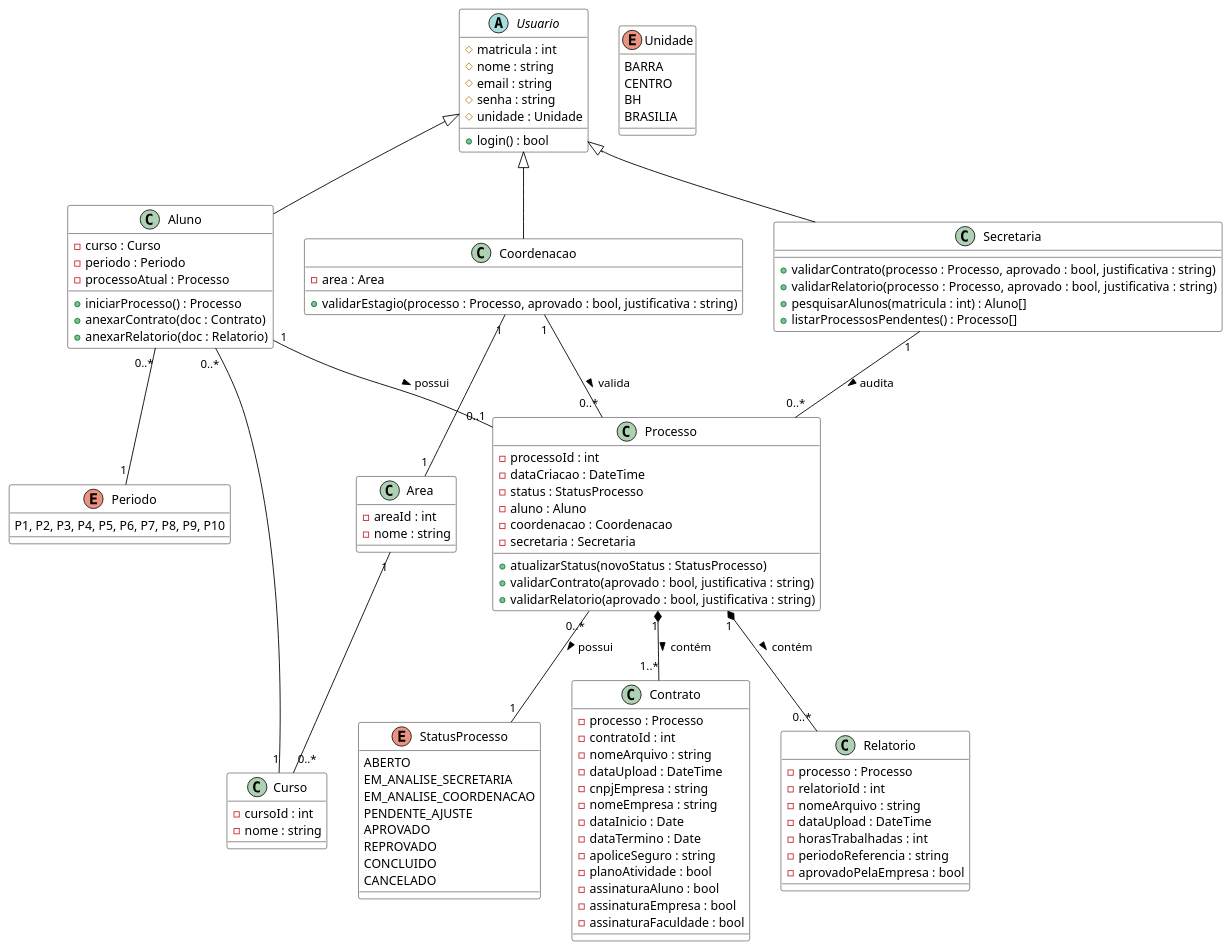
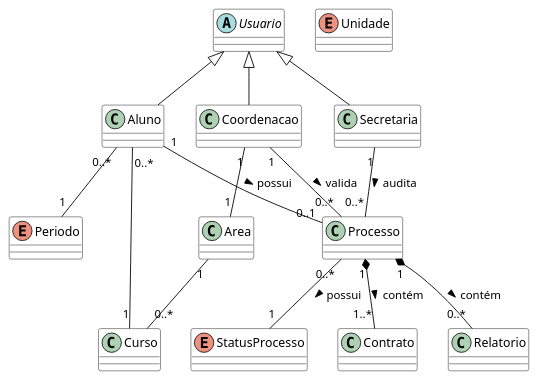
The diagram in assets/Diagramas/src/diagrama_de_classes.puml (Projetos-de-Extensao/PBE_26.1_8002_III), drawn with PlantUML before and after one commit. The commit also changed 155 other files, not shown here.

```diff
--- a/assets/Diagramas/src/diagrama_de_classes.puml
+++ b/assets/Diagramas/src/diagrama_de_classes.puml
@@ -1,132 +1,132 @@
 @startuml
 
 ' --- Estilos ---
 skinparam class {
     BackgroundColor White
     ArrowColor Black
     BorderColor Black
 }
 
 ' --- Enums ---
 enum StatusProcesso {
-    ABERTO
-    EM_ANALISE_SECRETARIA
-    EM_ANALISE_COORDENACAO
-    PENDENTE_AJUSTE
-    APROVADO
-    REPROVADO
-    CONCLUIDO
-    CANCELADO
+    ' ABERTO
+    ' EM_ANALISE_SECRETARIA
+    ' EM_ANALISE_COORDENACAO
+    ' PENDENTE_AJUSTE
+    ' APROVADO
+    ' REPROVADO
+    ' CONCLUIDO
+    ' CANCELADO
 }
 
 enum Unidade {
-    BARRA
-    CENTRO
-    BH
-    BRASILIA
+    ' BARRA
+    ' CENTRO
+    ' BH
+    ' BRASILIA
 }
 
 enum Periodo {
-    P1, P2, P3, P4, P5, P6, P7, P8, P9, P10
+    ' P1, P2, P3, P4, P5, P6, P7, P8, P9, P10
 }
 
 ' --- Classes Principais ---
 
 abstract class Usuario {
-    # matricula : int
-    # nome : string
-    # email : string
-    # senha : string
-    # unidade : Unidade
-    + login() : bool
+    ' # matricula : int
+    ' # nome : string
+    ' # email : string
+    ' # senha : string
+    ' # unidade : Unidade
+    ' + login() : bool
 }
 
 class Aluno extends Usuario {
-    - curso : Curso
-    - periodo : Periodo
-    - processoAtual : Processo
-    + iniciarProcesso() : Processo
-    + anexarContrato(doc : Contrato)
-    + anexarRelatorio(doc : Relatorio)
+    ' - curso : Curso
+    ' - periodo : Periodo
+    ' - processoAtual : Processo
+    ' + iniciarProcesso() : Processo
+    ' + anexarContrato(doc : Contrato)
+    ' + anexarRelatorio(doc : Relatorio)
 }
 
 class Secretaria extends Usuario {
-    + validarContrato(processo : Processo, aprovado : bool, justificativa : string)
-    + validarRelatorio(processo : Processo, aprovado : bool, justificativa : string)
-    + pesquisarAlunos(matricula : int) : Aluno[]
-    + listarProcessosPendentes() : Processo[]
+    ' + validarContrato(processo : Processo, aprovado : bool, justificativa : string)
+    ' + validarRelatorio(processo : Processo, aprovado : bool, justificativa : string)
+    ' + pesquisarAlunos(matricula : int) : Aluno[]
+    ' + listarProcessosPendentes() : Processo[]
 }
 
 class Coordenacao extends Usuario {
-    - area : Area
-    + validarEstagio(processo : Processo, aprovado : bool, justificativa : string)
+    ' - area : Area
+    ' + validarEstagio(processo : Processo, aprovado : bool, justificativa : string)
 }
 
 class Processo {
-   - processoId : int
-   - dataCriacao : DateTime
-   - status : StatusProcesso
-   - aluno : Aluno
-   - coordenacao : Coordenacao
-   - secretaria : Secretaria
-   + atualizarStatus(novoStatus : StatusProcesso)
-   + validarContrato(aprovado : bool, justificativa : string)
-   + validarRelatorio(aprovado : bool, justificativa : string)
+   ' - processoId : int
+   ' - dataCriacao : DateTime
+   ' - status : StatusProcesso
+   ' - aluno : Aluno
+   ' - coordenacao : Coordenacao
+   ' - secretaria : Secretaria
+   ' + atualizarStatus(novoStatus : StatusProcesso)
+   ' + validarContrato(aprovado : bool, justificativa : string)
+   ' + validarRelatorio(aprovado : bool, justificativa : string)
 }
 
 class Contrato {
-    - processo : Processo
-    - contratoId : int
-    - nomeArquivo : string
-    - dataUpload : DateTime
-    - cnpjEmpresa : string
-    - nomeEmpresa : string
-    - dataInicio : Date
-    - dataTermino : Date
-    - apoliceSeguro : string
-    - planoAtividade : bool
-    - assinaturaAluno : bool
-    - assinaturaEmpresa : bool
-    - assinaturaFaculdade : bool
+    ' - processo : Processo
+    ' - contratoId : int
+    ' - nomeArquivo : string
+    ' - dataUpload : DateTime
+    ' - cnpjEmpresa : string
+    ' - nomeEmpresa : string
+    ' - dataInicio : Date
+    ' - dataTermino : Date
+    ' - apoliceSeguro : string
+    ' - planoAtividade : bool
+    ' - assinaturaAluno : bool
+    ' - assinaturaEmpresa : bool
+    ' - assinaturaFaculdade : bool
 }
 
 class Relatorio {
-    - processo : Processo
-    - relatorioId : int
-    - nomeArquivo : string
-    - dataUpload : DateTime
-    - horasTrabalhadas : int
-    - periodoReferencia : string
-    - aprovadoPelaEmpresa : bool
+    ' - processo : Processo
+    ' - relatorioId : int
+    ' - nomeArquivo : string
+    ' - dataUpload : DateTime
+    ' - horasTrabalhadas : int
+    ' - periodoReferencia : string
+    ' - aprovadoPelaEmpresa : bool
 }
 
 class Curso {
-    - cursoId : int
-    - nome : string
+    ' - cursoId : int
+    ' - nome : string
 }
 
 class Area {
-    - areaId : int
-    - nome : string
+    ' - areaId : int
+    ' - nome : string
 }
 
 ' --- Relacionamentos ---
 
 ' Um aluno pertence a um curso e período
 Aluno "0..*" -- "1" Curso
 Aluno "0..*" -- "1" Periodo
 
 ' Hierarquia de Curso e Área
 Area "1" -- "0..*" Curso
 Coordenacao "1" -- "1" Area
 
 ' Relacionamento de Processo
 Aluno "1" -- "0..1" Processo : possui >
 Secretaria "1" -- "0..*" Processo : audita >
 Coordenacao "1" -- "0..*" Processo : valida >
 
 Processo "1" *-- "1..*" Contrato : contém >
 Processo "1" *-- "0..*" Relatorio : contém >
 Processo "0..*" -- "1" StatusProcesso : possui >
 
 @enduml
```
